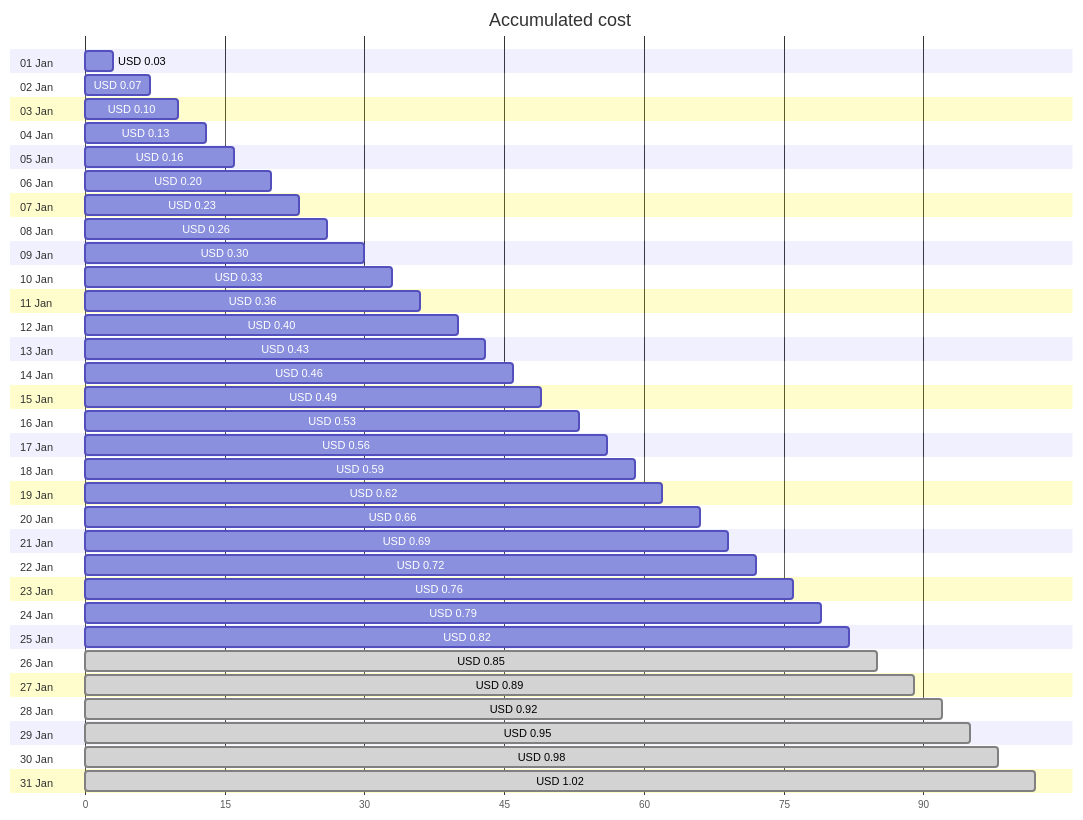
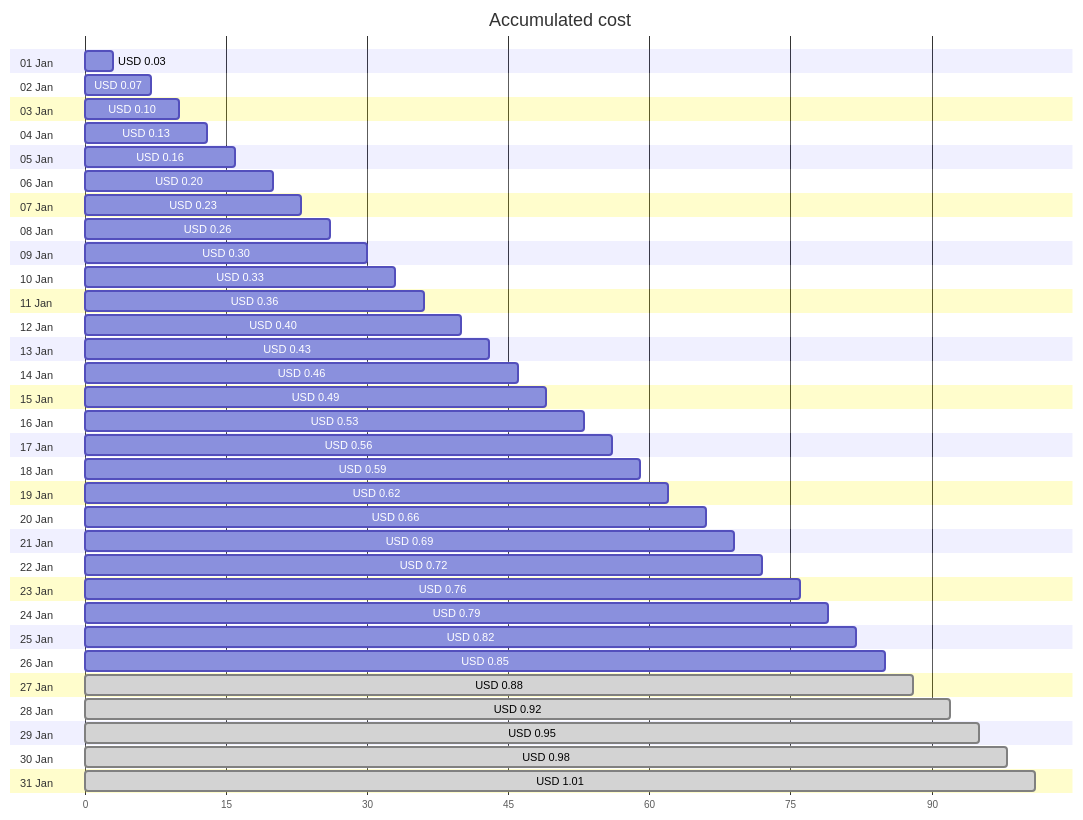
Before and after one commit to jpfulton/azure-personal-reports: the first of 4 diagrams in cost-reports/personal-dns/README.md, drawn with Mermaid. The commit also changed other lines of this file and 2 other files, not shown here.

````diff
--- a/cost-reports/personal-dns/README.md
+++ b/cost-reports/personal-dns/README.md
@@ -20,68 +20,68 @@
 ```mermaid
 gantt
    title Accumulated cost
    dateFormat  X
    axisFormat %s
    section 01 Jan
    USD 0.03 :0, 3
    section 02 Jan
    USD 0.07 :0, 7
    section 03 Jan
    USD 0.10 :0, 10
    section 04 Jan
    USD 0.13 :0, 13
    section 05 Jan
    USD 0.16 :0, 16
    section 06 Jan
    USD 0.20 :0, 20
    section 07 Jan
    USD 0.23 :0, 23
    section 08 Jan
    USD 0.26 :0, 26
    section 09 Jan
    USD 0.30 :0, 30
    section 10 Jan
    USD 0.33 :0, 33
    section 11 Jan
    USD 0.36 :0, 36
    section 12 Jan
    USD 0.40 :0, 40
    section 13 Jan
    USD 0.43 :0, 43
    section 14 Jan
    USD 0.46 :0, 46
    section 15 Jan
    USD 0.49 :0, 49
    section 16 Jan
    USD 0.53 :0, 53
    section 17 Jan
    USD 0.56 :0, 56
    section 18 Jan
    USD 0.59 :0, 59
    section 19 Jan
    USD 0.62 :0, 62
    section 20 Jan
    USD 0.66 :0, 66
    section 21 Jan
    USD 0.69 :0, 69
    section 22 Jan
    USD 0.72 :0, 72
    section 23 Jan
    USD 0.76 :0, 76
    section 24 Jan
    USD 0.79 :0, 79
    section 25 Jan
    USD 0.82 :0, 82
    section 26 Jan
-   USD 0.85 : done, 0, 85
+   USD 0.85 :0, 85
    section 27 Jan
-   USD 0.89 : done, 0, 89
+   USD 0.88 : done, 0, 88
    section 28 Jan
    USD 0.92 : done, 0, 92
    section 29 Jan
    USD 0.95 : done, 0, 95
    section 30 Jan
    USD 0.98 : done, 0, 98
    section 31 Jan
-   USD 1.02 : done, 0, 102
+   USD 1.01 : done, 0, 101
 ```
````
